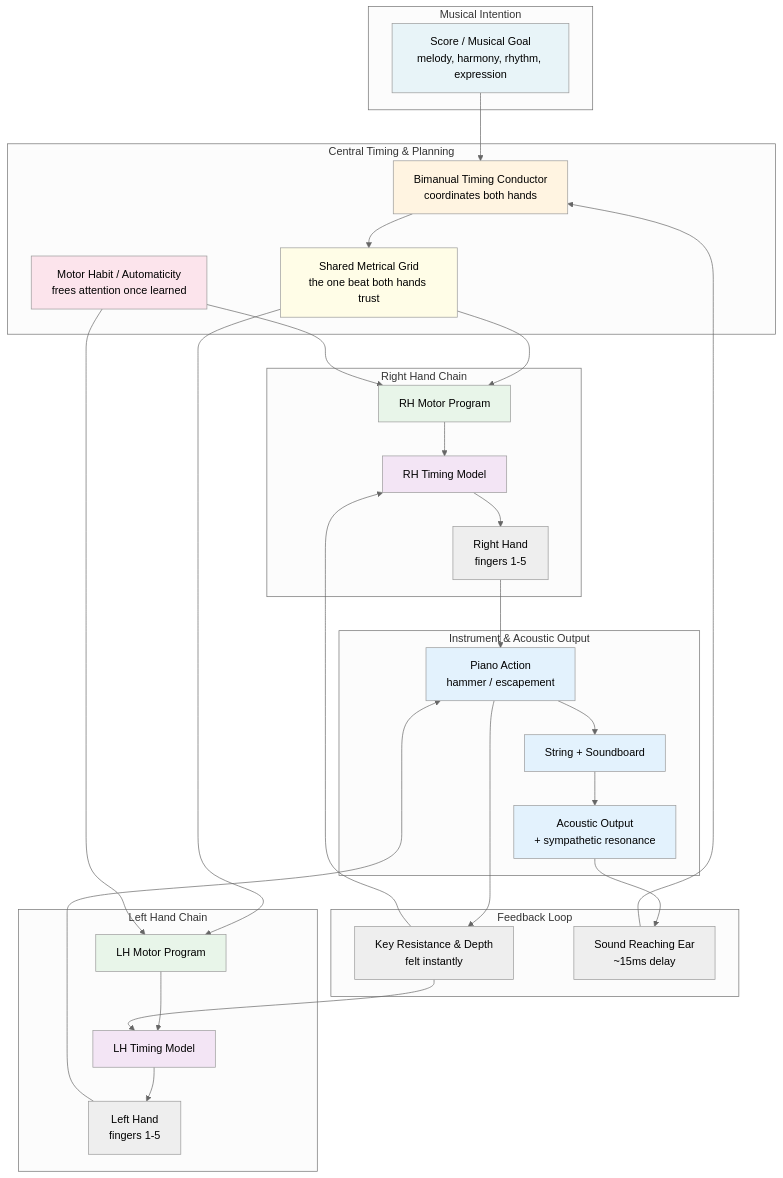
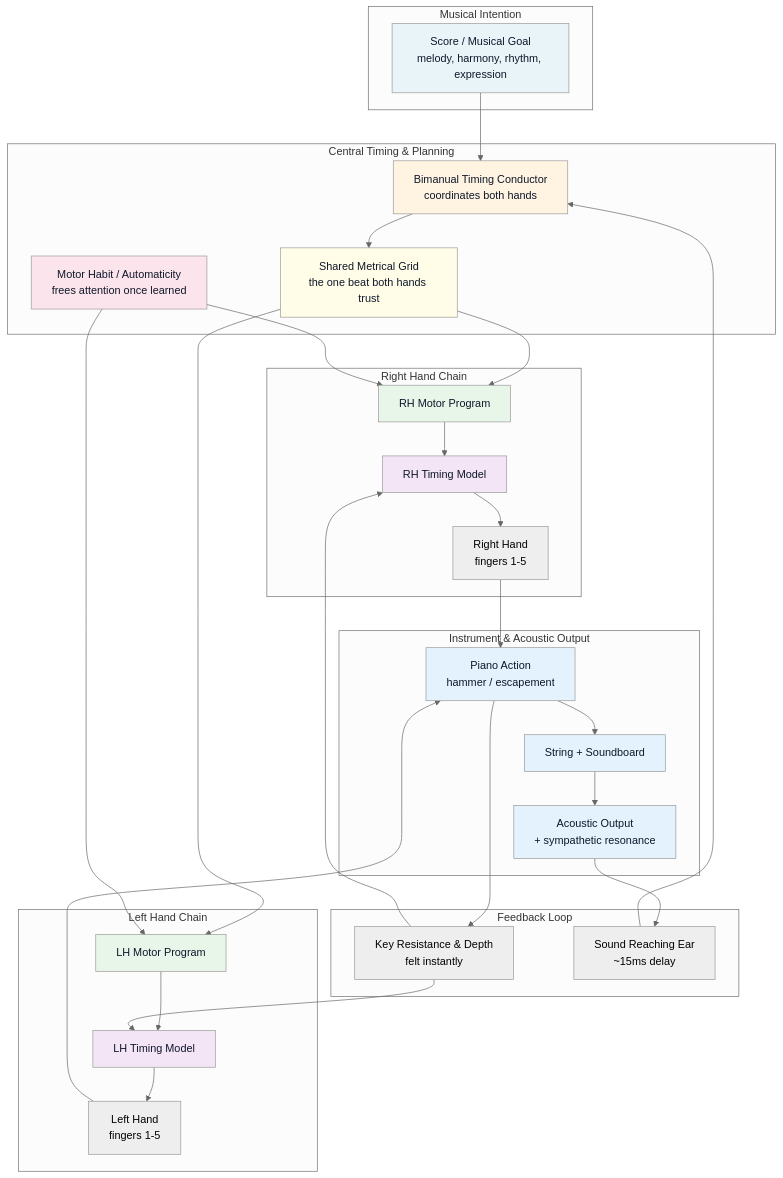
Before and after one commit to blebleblee/synapse: the first of 5 diagrams in topics/arts/music_performance/piano/lesson_04_two_handed_rhythmic_independence.md, drawn with Mermaid (neutral theme). The commit also changed other lines of this file and 1464 other files, not shown here.

Commit message:
feat(release): curriculum vector mermaid upgrade, render hardening, and master synpack

````diff
--- a/topics/arts/music_performance/piano/lesson_04_two_handed_rhythmic_independence.md
+++ b/topics/arts/music_performance/piano/lesson_04_two_handed_rhythmic_independence.md
@@ -82,70 +82,70 @@
 ```mermaid
 graph TB
     subgraph sub_musical_intention ["Musical Intention"]
         SCORE["Score / Musical Goal<br/>melody, harmony, rhythm, expression"]
     end
 
     subgraph sub_central_control ["Central Timing & Planning"]
         SMA["Bimanual Timing Conductor<br/>coordinates both hands"]
         METER["Shared Metrical Grid<br/>the one beat both hands trust"]
         BG["Motor Habit / Automaticity<br/>frees attention once learned"]
     end
 
     subgraph sub_right_hand_chain ["Right Hand Chain"]
         RH_M1["RH Motor Program"]
         RH_CB["RH Timing Model"]
         RH_EXEC["Right Hand<br/>fingers 1-5"]
     end
 
     subgraph sub_left_hand_chain ["Left Hand Chain"]
         LH_M1["LH Motor Program"]
         LH_CB["LH Timing Model"]
         LH_EXEC["Left Hand<br/>fingers 1-5"]
     end
 
     subgraph sub_instrument ["Instrument & Acoustic Output"]
         ACTION["Piano Action<br/>hammer / escapement"]
         STRING["String + Soundboard"]
         SOUND["Acoustic Output<br/>+ sympathetic resonance"]
     end
 
     subgraph sub_feedback ["Feedback Loop"]
         TOUCH["Key Resistance & Depth<br/>felt instantly"]
         AUDIO["Sound Reaching Ear<br/>~15ms delay"]
     end
 
     SCORE --> SMA
     SMA --> METER
     METER --> RH_M1
     METER --> LH_M1
     BG --> RH_M1
     BG --> LH_M1
 
     RH_M1 --> RH_CB
     LH_M1 --> LH_CB
     RH_CB --> RH_EXEC
     LH_CB --> LH_EXEC
 
     RH_EXEC --> ACTION
     LH_EXEC --> ACTION
     ACTION --> STRING
     STRING --> SOUND
 
     SOUND --> AUDIO
     ACTION --> TOUCH
     AUDIO --> SMA
     TOUCH --> RH_CB
     TOUCH --> LH_CB
 
-    style SCORE fill:#e8f4f8
-    style SMA fill:#fff4e1
-    style METER fill:#fffde7
-    style BG fill:#fce4ec
-    style RH_M1 fill:#e8f5e9
-    style LH_M1 fill:#e8f5e9
-    style RH_CB fill:#f3e5f5
-    style LH_CB fill:#f3e5f5
-    style ACTION fill:#e3f2fd
-    style STRING fill:#e3f2fd
-    style SOUND fill:#e3f2fd
+    style SCORE fill:#e8f4f8,color:#0f172a
+    style SMA fill:#fff4e1,color:#0f172a
+    style METER fill:#fffde7,color:#0f172a
+    style BG fill:#fce4ec,color:#0f172a
+    style RH_M1 fill:#e8f5e9,color:#0f172a
+    style LH_M1 fill:#e8f5e9,color:#0f172a
+    style RH_CB fill:#f3e5f5,color:#0f172a
+    style LH_CB fill:#f3e5f5,color:#0f172a
+    style ACTION fill:#e3f2fd,color:#0f172a
+    style STRING fill:#e3f2fd,color:#0f172a
+    style SOUND fill:#e3f2fd,color:#0f172a
 ```
````
